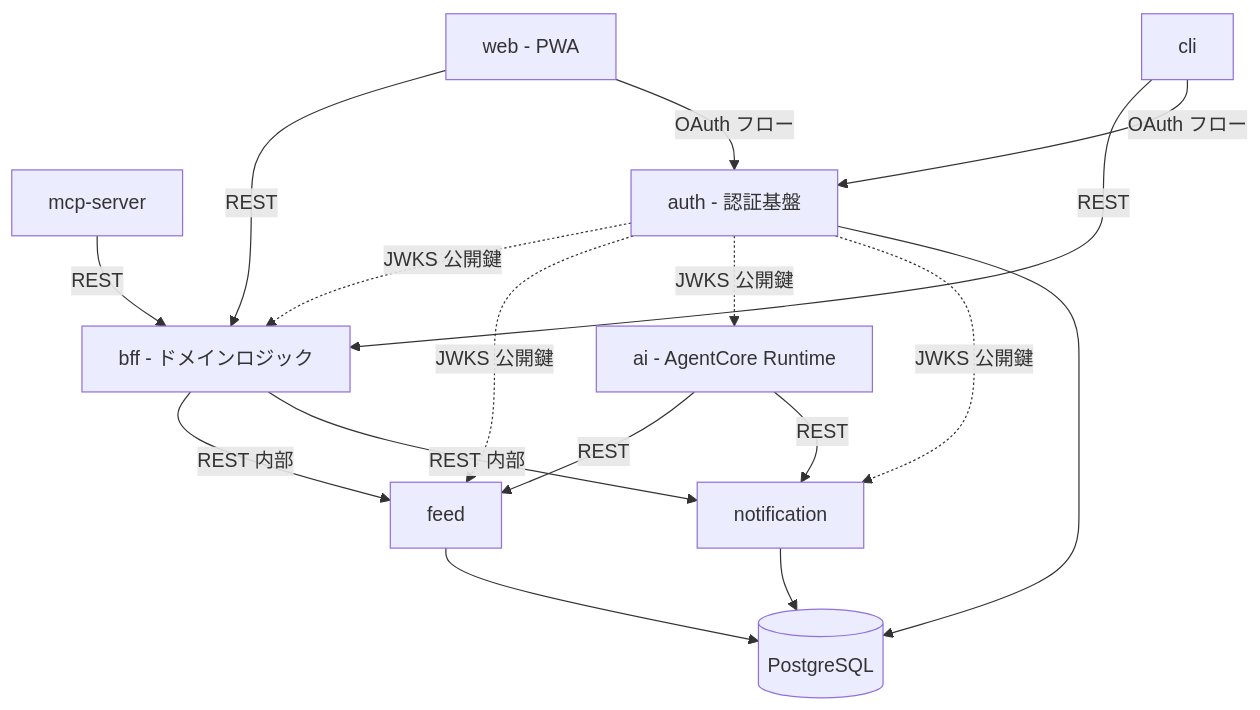
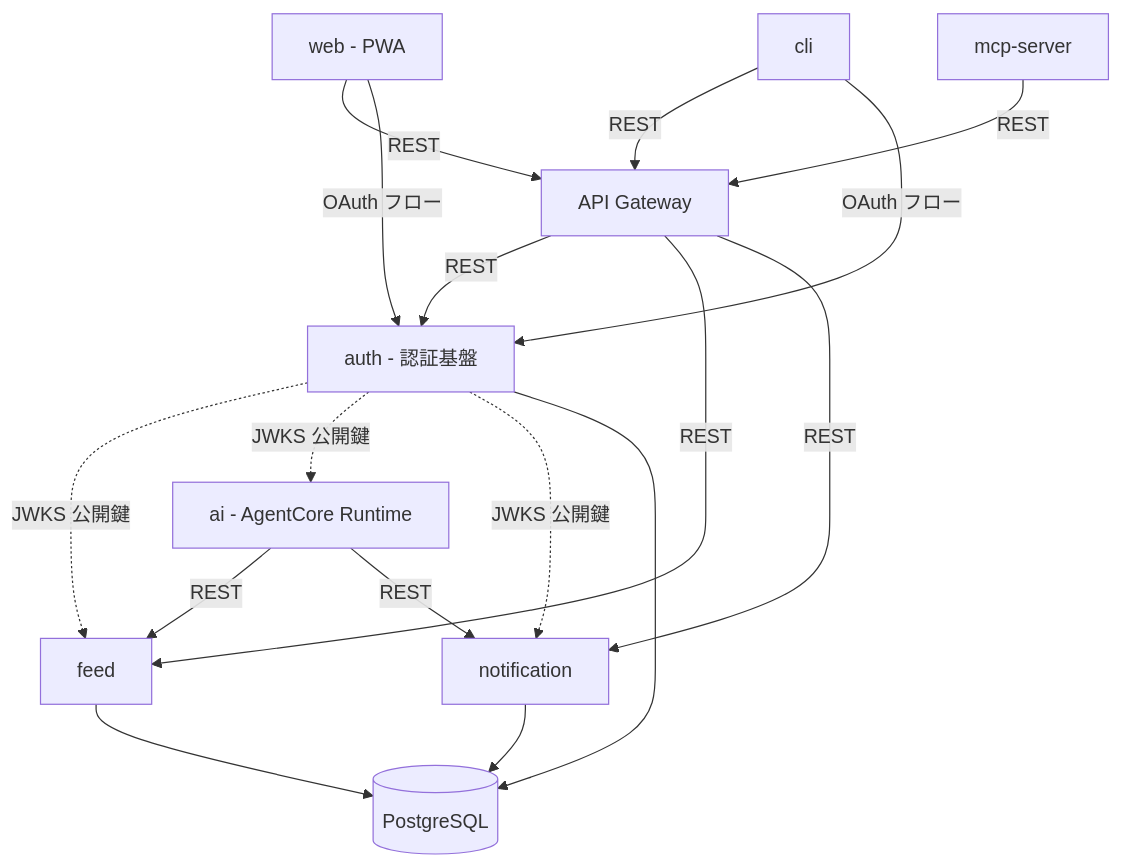
Before and after one commit to sori883/bookmark-rss-tyoukan: the first of 4 diagrams in docs/02.技術設計.md, drawn with Mermaid. The commit also changed other lines of this file and 52 other files, not shown here.

````diff
--- a/docs/02.技術設計.md
+++ b/docs/02.技術設計.md
@@ -12,23 +12,24 @@
 ```mermaid
 graph TD
-    web[web - PWA] -->|REST| bff[bff - ドメインロジック]
-    mcp[mcp-server] -->|REST| bff
-    cli[cli] -->|REST| bff
+    web[web - PWA] -->|REST| gw[API Gateway]
+    mcp[mcp-server] -->|REST| gw
+    cli[cli] -->|REST| gw
 
     web -->|OAuth フロー| auth[auth - 認証基盤]
     cli -->|OAuth フロー| auth
-    auth -.->|JWKS 公開鍵| bff
+
+    gw -->|REST| auth
+    gw -->|REST| feed[feed]
+    gw -->|REST| notification[notification]
+
     auth -.->|JWKS 公開鍵| feed
     auth -.->|JWKS 公開鍵| ai
     auth -.->|JWKS 公開鍵| notification
-
-    bff -->|REST 内部| feed[feed]
-    bff -->|REST 内部| notification[notification]
 
     ai[ai - AgentCore Runtime] -->|REST| feed
     ai -->|REST| notification
 
     auth --> db[(PostgreSQL)]
     feed --> db
     notification --> db
 ```
````
